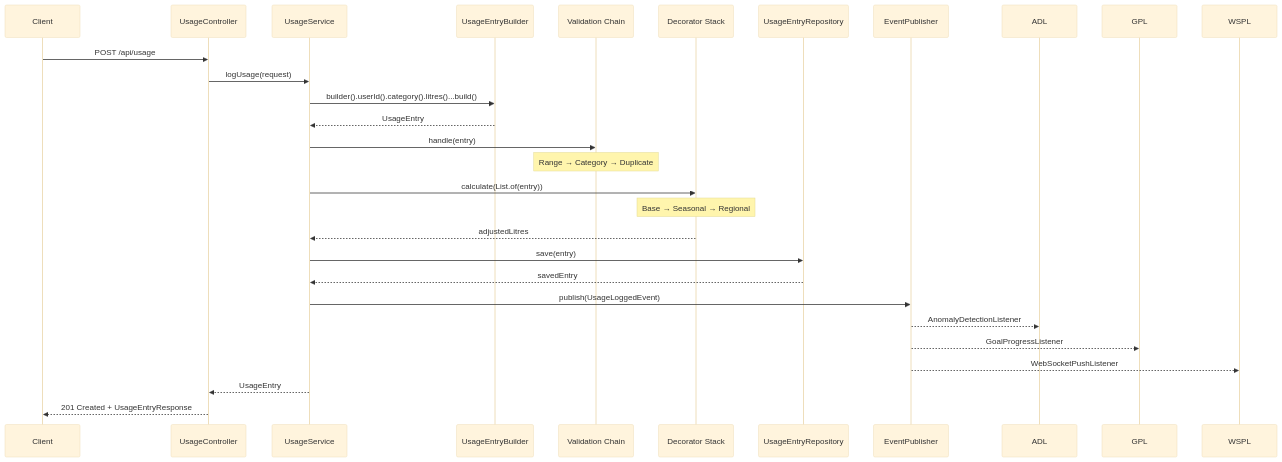
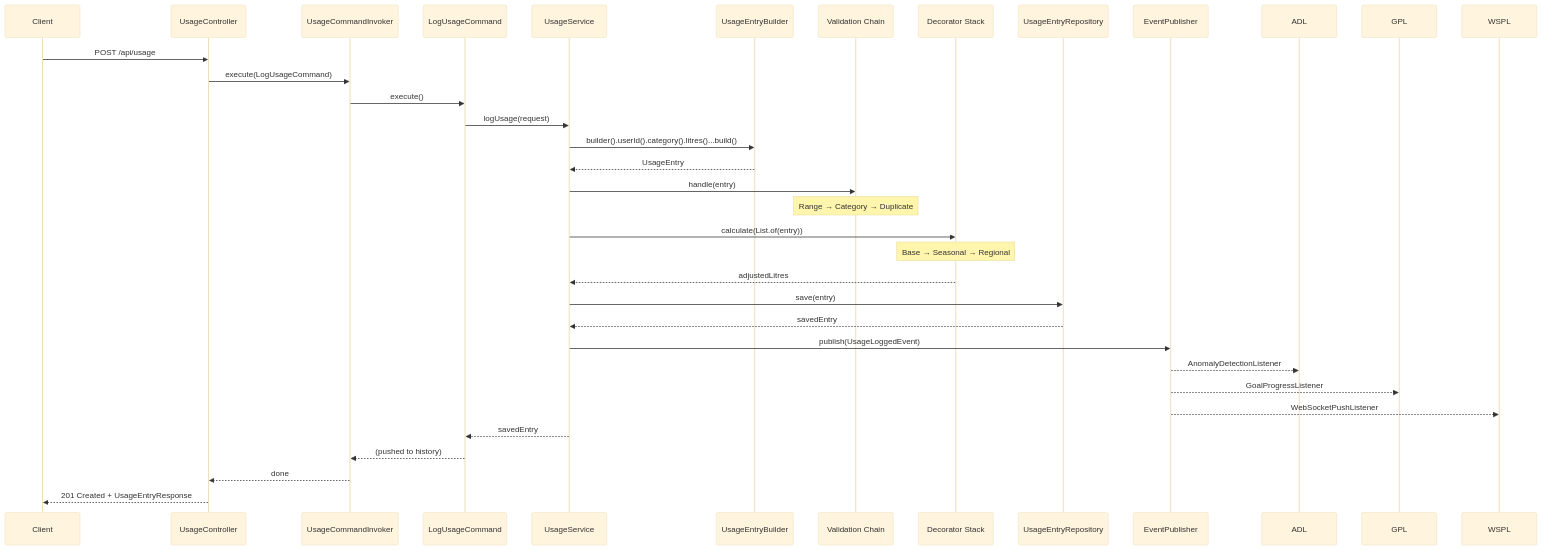
Diagram 31 of 33 in README.md (ced-kwong29/design-patterns), drawn with Mermaid (base theme) before and after one commit. The commit also changed other lines of this file and 19 other files, not shown here.

````diff
--- a/README.md
+++ b/README.md
@@ -942,36 +978,42 @@
 ```mermaid
 sequenceDiagram
     participant Client
     participant UsageController
+    participant Invoker as UsageCommandInvoker
+    participant Command as LogUsageCommand
     participant UsageService
     participant Builder as UsageEntryBuilder
     participant Chain as Validation Chain
     participant Decorator as Decorator Stack
     participant Repo as UsageEntryRepository
     participant Publisher as EventPublisher
 
     Client->>UsageController: POST /api/usage
-    UsageController->>UsageService: logUsage(request)
+    UsageController->>Invoker: execute(LogUsageCommand)
+    Invoker->>Command: execute()
+    Command->>UsageService: logUsage(request)
 
     UsageService->>Builder: builder().userId().category().litres()...build()
     Builder-->>UsageService: UsageEntry
 
     UsageService->>Chain: handle(entry)
     Note over Chain: Range → Category → Duplicate
 
     UsageService->>Decorator: calculate(List.of(entry))
     Note over Decorator: Base → Seasonal → Regional
     Decorator-->>UsageService: adjustedLitres
 
     UsageService->>Repo: save(entry)
     Repo-->>UsageService: savedEntry
 
     UsageService->>Publisher: publish(UsageLoggedEvent)
 
     Publisher-->>ADL: AnomalyDetectionListener
     Publisher-->>GPL: GoalProgressListener
     Publisher-->>WSPL: WebSocketPushListener
 
-    UsageService-->>UsageController: UsageEntry
+    UsageService-->>Command: savedEntry
+    Command-->>Invoker: (pushed to history)
+    Invoker-->>UsageController: done
     UsageController-->>Client: 201 Created + UsageEntryResponse
 ```
````
